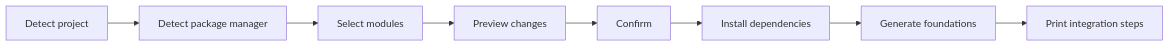
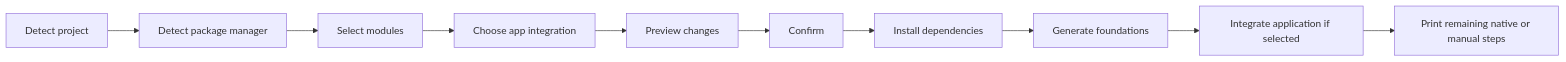
One commit to ninhTKieen/bink-rn-stack changed the diagram in README.md. Above: the diagram before and after it, drawn with Mermaid. The commit also changed other lines of this file, not shown here.

````diff
--- a/README.md
+++ b/README.md
@@ -15,10 +15,12 @@
 ```mermaid
 flowchart LR
     A[Detect project] --> B[Detect package manager]
     B --> C[Select modules]
-    C --> D[Preview changes]
-    D --> E[Confirm]
-    E --> F[Install dependencies]
-    F --> G[Generate foundations]
-    G --> H[Print integration steps]
+    C --> D[Choose app integration]
+    D --> E[Preview changes]
+    E --> F[Confirm]
+    F --> G[Install dependencies]
+    G --> H[Generate foundations]
+    H --> I[Integrate application if selected]
+    I --> J[Print remaining native or manual steps]
 ```
````
